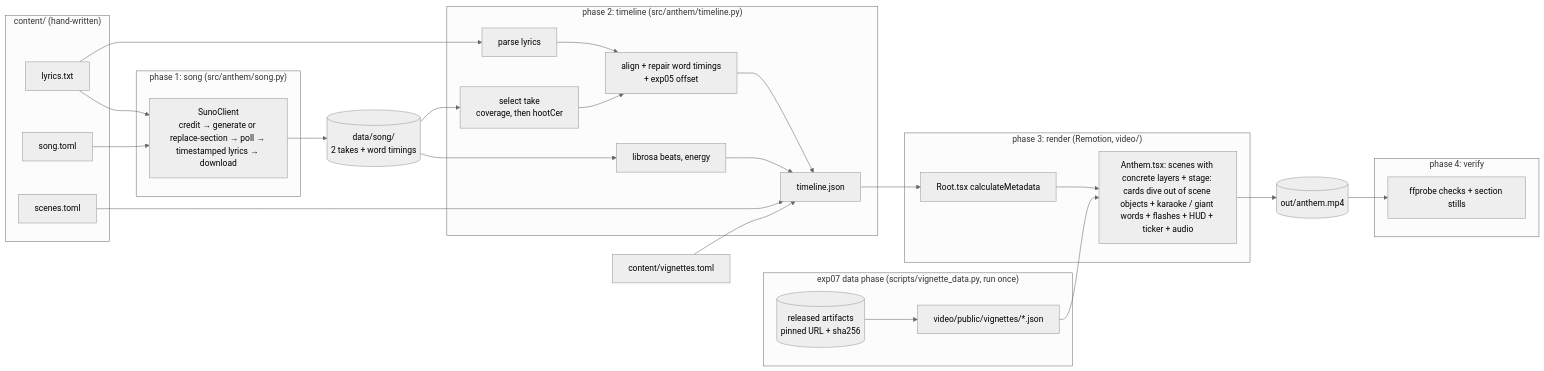
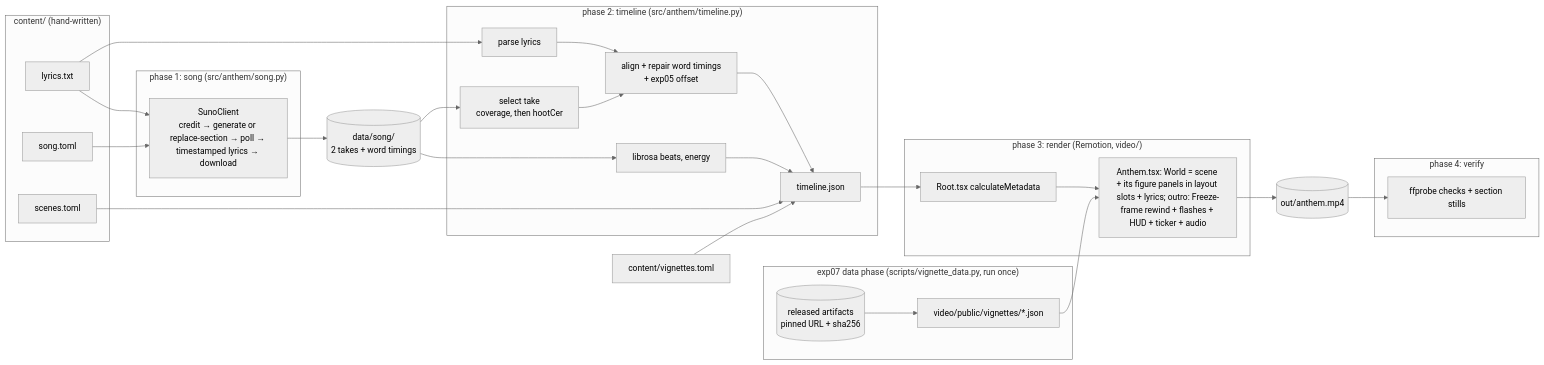
The diagram in README.md (BurnyCoder/ambitious-science-of-information-processing-anthem), drawn with Mermaid (neutral theme) before and after one commit. The commit also changed other lines of this file and 13 other files, not shown here.

````diff
--- a/README.md
+++ b/README.md
@@ -141,33 +158,33 @@
 ```mermaid
 flowchart LR
     subgraph content["content/ (hand-written)"]
         L[lyrics.txt] & S[song.toml] & M[scenes.toml]
     end
     subgraph song["phase 1: song (src/anthem/song.py)"]
         C[SunoClient<br/>credit → generate or replace-section → poll → timestamped lyrics → download]
     end
     subgraph tl["phase 2: timeline (src/anthem/timeline.py)"]
         P[parse lyrics] --> A[align + repair word timings<br/>+ exp05 offset]
         T[select take<br/>coverage, then hootCer] --> A
         B[librosa beats, energy]
         A & B --> J[timeline.json]
     end
     subgraph ext["exp07 data phase (scripts/vignette_data.py, run once)"]
         X[(released artifacts<br/>pinned URL + sha256)] --> Y[video/public/vignettes/*.json]
     end
     subgraph rd["phase 3: render (Remotion, video/)"]
-        R[Root.tsx calculateMetadata] --> V[Anthem.tsx: scenes with concrete layers + stage: cards dive out of scene objects + karaoke / giant words + flashes + HUD + ticker + audio]
+        R[Root.tsx calculateMetadata] --> V[Anthem.tsx: World = scene + its figure panels in layout slots + lyrics; outro: Freeze-frame rewind + flashes + HUD + ticker + audio]
     end
     subgraph vf["phase 4: verify"]
         F[ffprobe checks + section stills]
     end
     L & S --> C --> D[(data/song/<br/>2 takes + word timings)]
     D --> T
     D --> B
     L --> P
     M --> J
     W[content/vignettes.toml] --> J
     J --> R
     Y --> V
     V --> O[(out/anthem.mp4)] --> F
 ```
````
